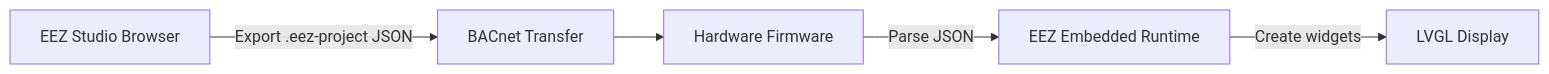
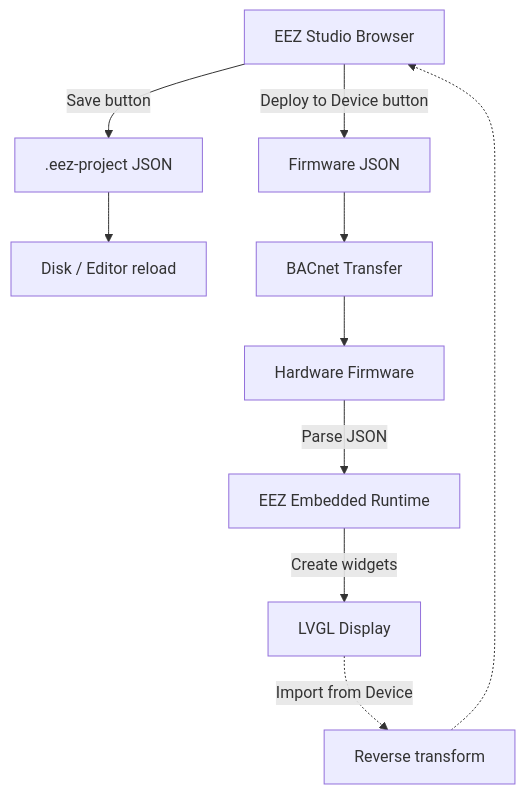
One commit to temcocontrols/T3000Webview changed the diagram in docs/t3000/architecture/lvgl-eez-project-json-format.md. Above: the diagram before and after it, drawn with Mermaid. The commit also changed other lines of this file, not shown here.

Commit message:
Update new json format md

````diff
--- a/docs/t3000/architecture/lvgl-eez-project-json-format.md
+++ b/docs/t3000/architecture/lvgl-eez-project-json-format.md
@@ -12,7 +16,14 @@
 ```mermaid
-flowchart LR
-    A[EEZ Studio Browser] -->|Export .eez-project JSON| B[BACnet Transfer]
-    B --> C[Hardware Firmware]
-    C -->|Parse JSON| D[EEZ Embedded Runtime]
-    D -->|Create widgets| E[LVGL Display]
+flowchart TD
+    A[EEZ Studio Browser]
+    A -->|"Save" button| B[.eez-project JSON]
+    A -->|"Deploy to Device" button| C[Firmware JSON]
+    B --> D[Disk / Editor reload]
+    C --> E[BACnet Transfer]
+    E --> F[Hardware Firmware]
+    F -->|Parse JSON| G[EEZ Embedded Runtime]
+    G -->|Create widgets| H[LVGL Display]
+
+    H -.->|"Import from Device"| I[Reverse transform]
+    I -.-> A
 ```
````
